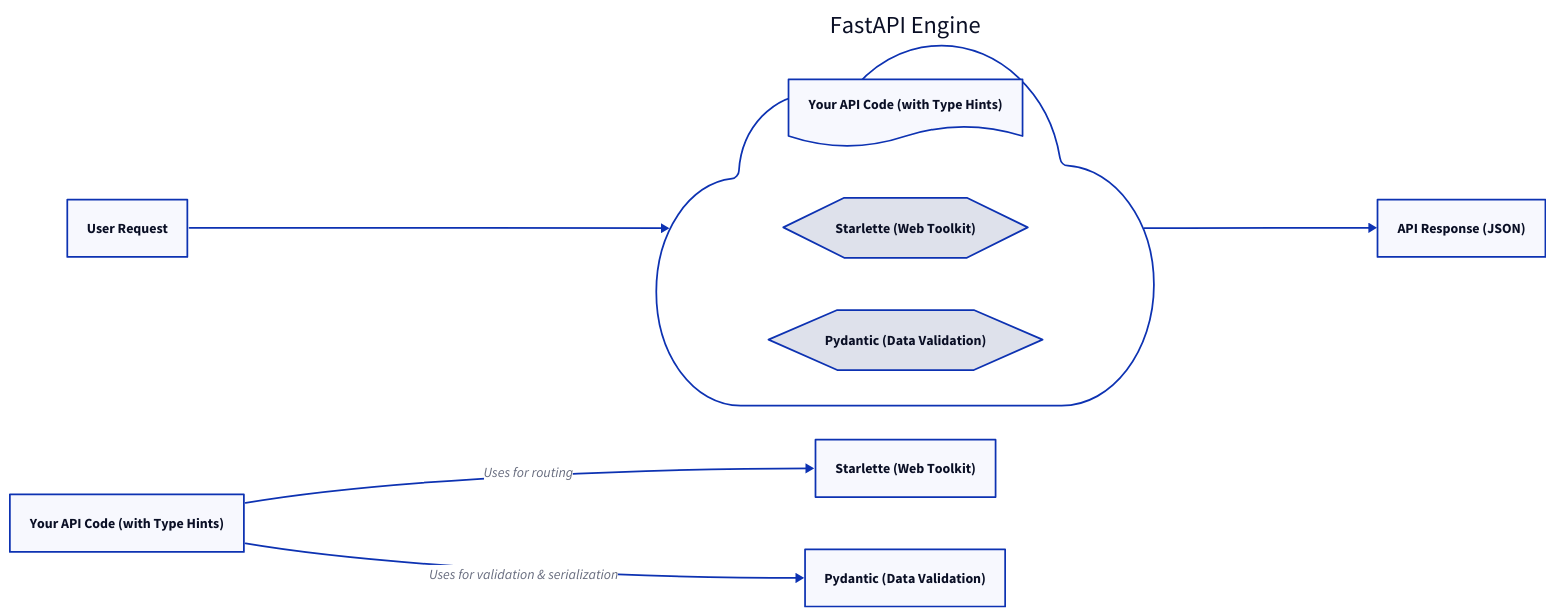
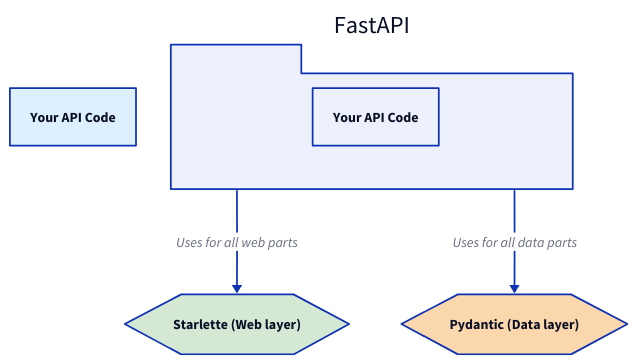
One commit to lban2049/fastapi changed the diagram in .aigne/doc-smith/docs/overview.md. Above: the diagram before and after it, drawn with D2. The commit also changed other lines of this file and 45 other files, not shown here.

````diff
--- a/.aigne/doc-smith/docs/overview.md
+++ b/.aigne/doc-smith/docs/overview.md
@@ -29,23 +39,29 @@
 ```d2
-direction: right
+direction: down
 
-"User Request" -> "FastAPI Engine"
-
-"FastAPI Engine": {
-  shape: cloud
-  "Your API Code (with Type Hints)": {
-    shape: document
-  }
-  "Starlette (Web Toolkit)": {
-    shape: hexagon
-  }
-  "Pydantic (Data Validation)": {
-    shape: hexagon
-  }
+"Your API Code": {
+  shape: rectangle
+  style.fill: "#DDF0FF"
 }
 
-"FastAPI Engine" -> "API Response (JSON)"
+"FastAPI": {
+  shape: package
+  "Your API Code"
+}
 
-"Your API Code (with Type Hints)" -> "Starlette (Web Toolkit)": Uses for routing
-"Your API Code (with Type Hints)" -> "Pydantic (Data Validation)": Uses for validation & serialization
+"Starlette": {
+  shape: hexagon
+  label: "Starlette (Web layer)"
+  style.fill: "#D5E8D4"
+}
+
+"Pydantic": {
+  shape: hexagon
+  label: "Pydantic (Data layer)"
+  style.fill: "#FAD7AC"
+}
+
+"FastAPI" -> "Starlette": "Uses for all web parts"
+"FastAPI" -> "Pydantic": "Uses for all data parts"
+
 ```
````
